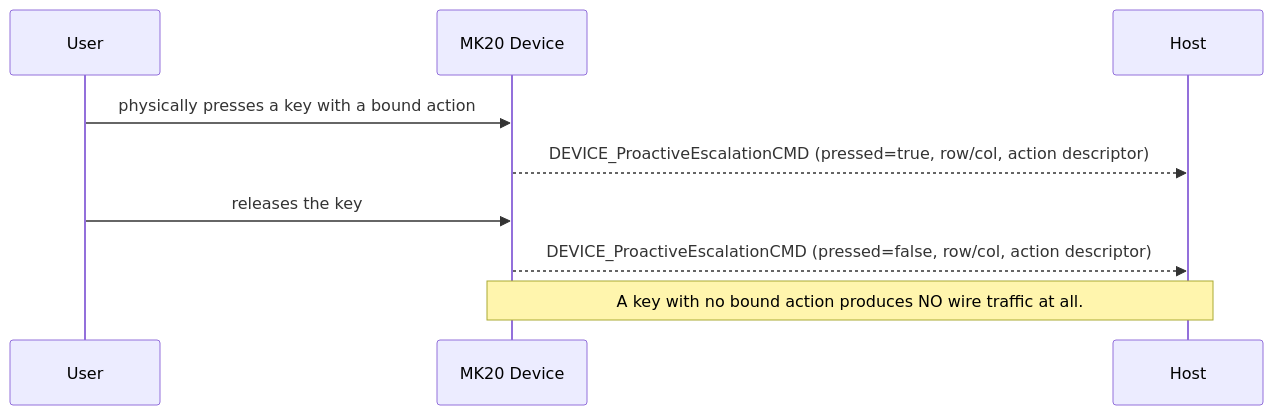
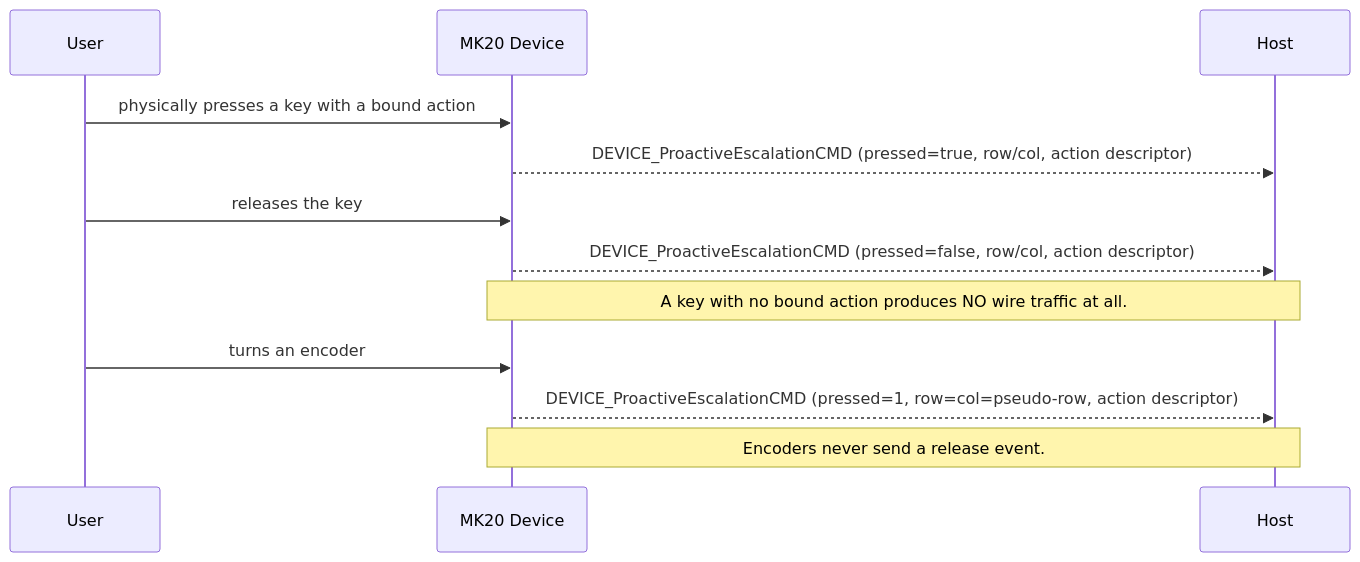
The third of 9 diagrams in PROTOCOL_WAVESHARE_MK20.md (alexmuraru27/MK20Control), drawn with Mermaid before and after one commit. The commit also changed other lines of this file and 54 other files, not shown here.

````diff
--- a/PROTOCOL_WAVESHARE_MK20.md
+++ b/PROTOCOL_WAVESHARE_MK20.md
@@ -330,11 +379,14 @@
 ```mermaid
 sequenceDiagram
     participant User
     participant MK20 as MK20 Device
     participant Host
     User->>MK20: physically presses a key with a bound action
     MK20-->>Host: DEVICE_ProactiveEscalationCMD (pressed=true, row/col, action descriptor)
     User->>MK20: releases the key
     MK20-->>Host: DEVICE_ProactiveEscalationCMD (pressed=false, row/col, action descriptor)
     Note over MK20,Host: A key with no bound action produces NO wire traffic at all.
+    User->>MK20: turns an encoder
+    MK20-->>Host: DEVICE_ProactiveEscalationCMD (pressed=1, row=col=pseudo-row, action descriptor)
+    Note over MK20,Host: Encoders never send a release event.
 ```
````
